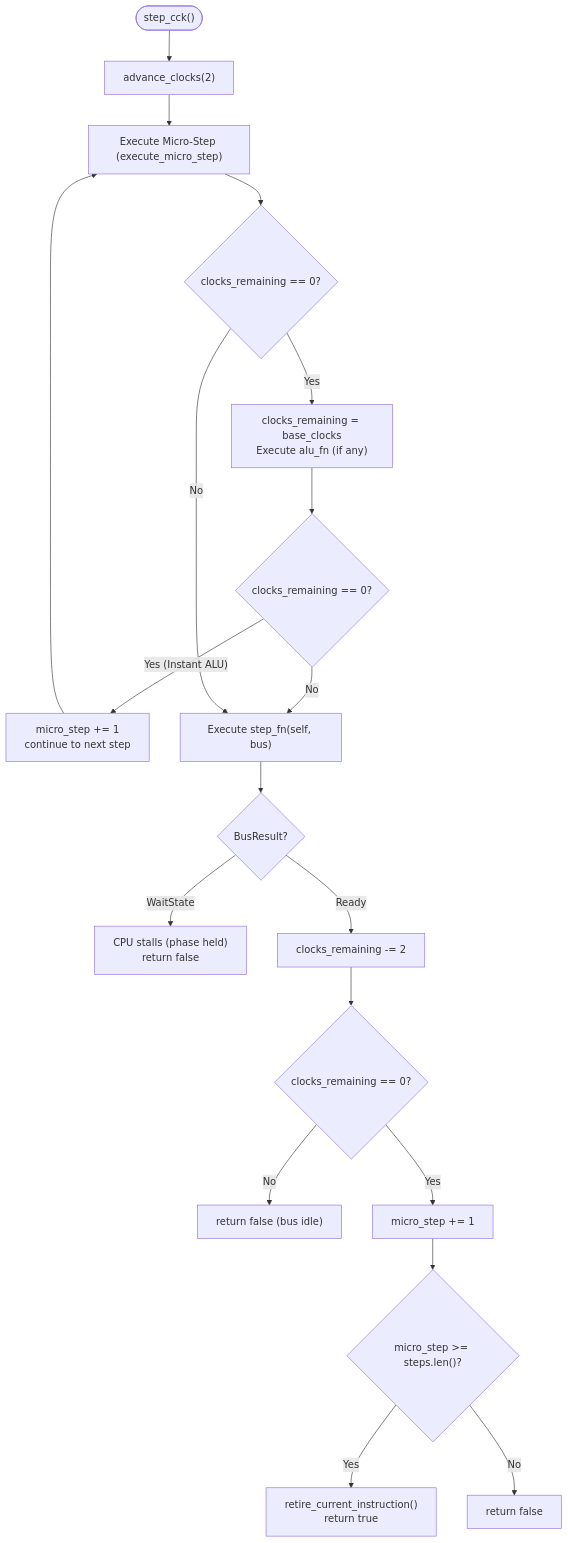
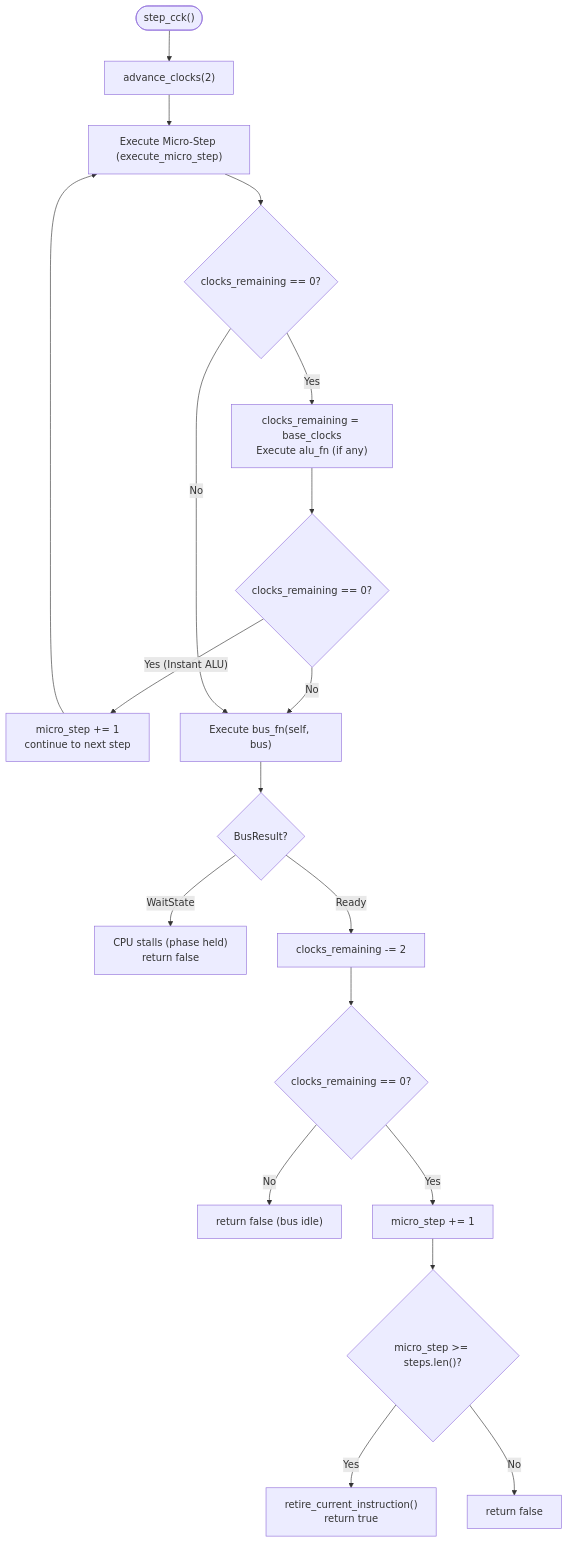
One commit to tomek-anuszkiewicz/amiga-studio changed the fourth of 4 diagrams in Obsidian/Amiga/Design/CPU Micro-Step State Machine.md. Above: the diagram before and after it, drawn with Mermaid. The commit also changed other lines of this file and 82 other files, not shown here.

First line of the commit message:
refactor(m68000): rename step_fn to bus_fn across micro-step engine and instructions

````diff
--- a/Obsidian/Amiga/Design/CPU Micro-Step State Machine.md
+++ b/Obsidian/Amiga/Design/CPU Micro-Step State Machine.md
@@ -582,23 +582,23 @@
 ```mermaid
 flowchart TD
     Start(["step_cck()"]) --> Adv["advance_clocks(2)"]
     Adv --> CheckSeq["Execute Micro-Step (execute_micro_step)"]
     
     CheckSeq --> InitCheck{"clocks_remaining == 0?"}
     InitCheck -- Yes --> Init["clocks_remaining = base_clocks<br/>Execute alu_fn (if any)"] --> InstCheck{"clocks_remaining == 0?"}
     InstCheck -- Yes (Instant ALU) --> InstExec["micro_step += 1<br/>continue to next step"] --> CheckSeq
-    InstCheck -- No --> ExecStep["Execute step_fn(self, bus)"]
+    InstCheck -- No --> ExecStep["Execute bus_fn(self, bus)"]
     InitCheck -- No --> ExecStep
     
     ExecStep --> BusRes{"BusResult?"}
     BusRes -- WaitState --> Stall["CPU stalls (phase held)<br/>return false"]
     BusRes -- Ready --> Dec["clocks_remaining -= 2"]
     
     Dec --> DoneCheck{"clocks_remaining == 0?"}
     DoneCheck -- No --> Hold["return false (bus idle)"]
     DoneCheck -- Yes --> Next["micro_step += 1"]
     
     Next --> RetCheck{"micro_step >= steps.len()?"}
     RetCheck -- Yes --> Retire["retire_current_instruction()<br/>return true"]
     RetCheck -- No --> RetFalse["return false"]
 ```
````
